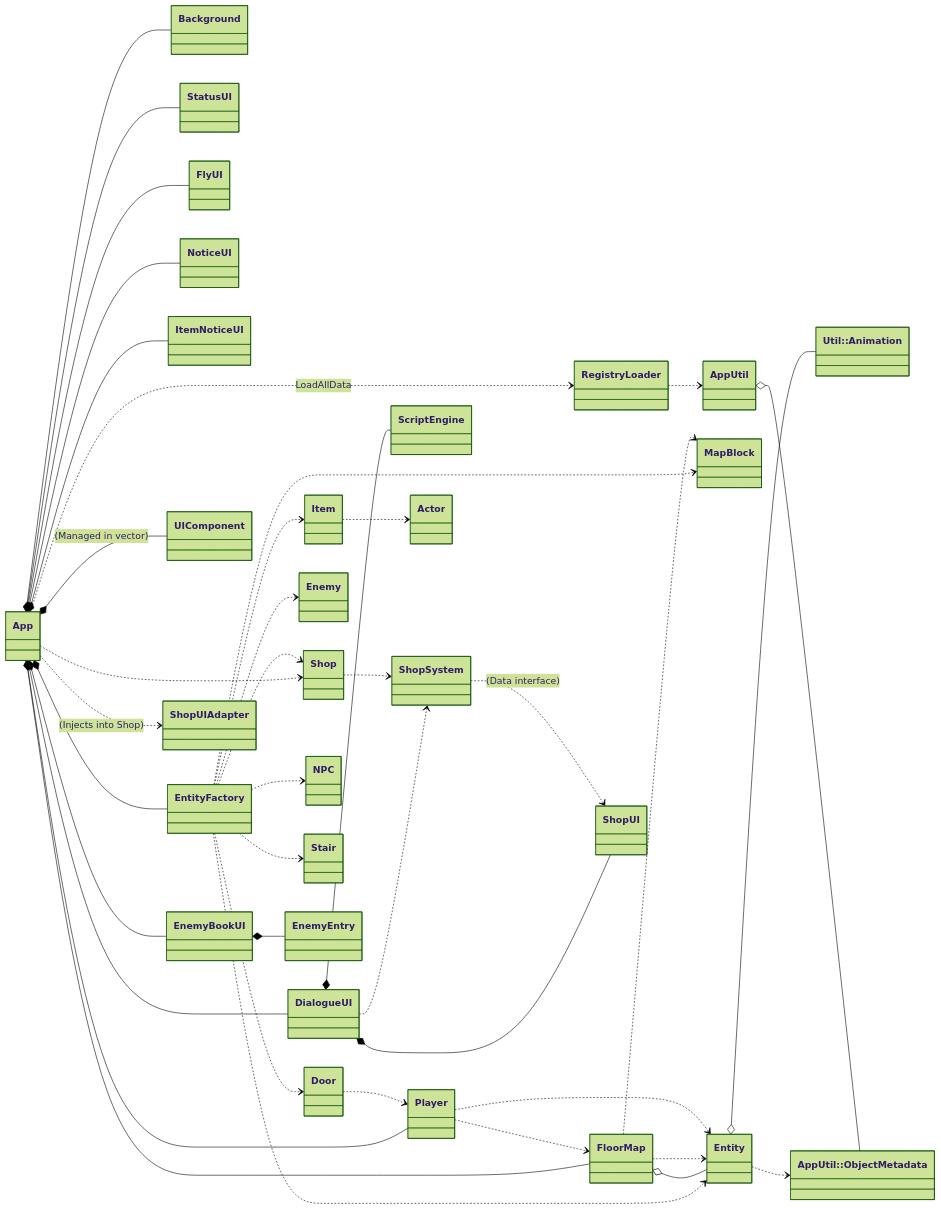
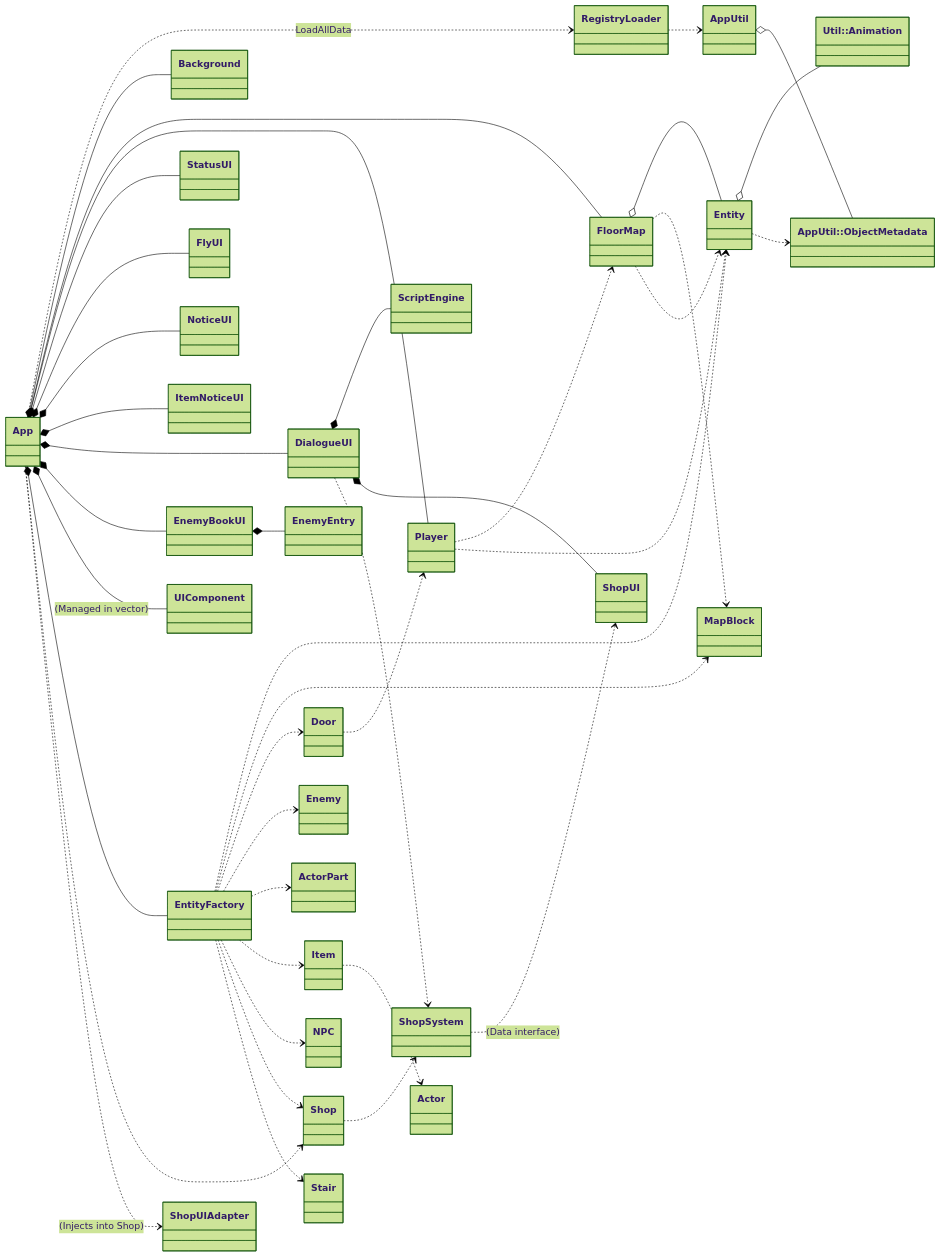
Before and after one commit to XWJWPIY/schoolwork_recreate_magic_tower: the fifth of 5 diagrams in Constructure.md, drawn with Mermaid (forest theme). The commit also changed other lines of this file and 6 other files, not shown here.

````diff
--- a/Constructure.md
+++ b/Constructure.md
@@ -553,52 +561,53 @@
 ```mermaid
 classDiagram
     direction LR
     class Animation["Util::Animation"]
     class ObjectMetadata["AppUtil::ObjectMetadata"]
 
     App ..> RegistryLoader : LoadAllData
     App *-- Background
     App *-- FloorMap
     App *-- Player
     App *-- StatusUI
     App *-- FlyUI
     App *-- NoticeUI
     App *-- ItemNoticeUI
     App *-- DialogueUI
     App *-- EnemyBookUI
     App *-- UIComponent : (Managed in vector)
     App *-- EntityFactory
     App ..> Shop
     DialogueUI *-- ScriptEngine
     DialogueUI *-- ShopUI
     DialogueUI ..> ShopSystem
     ShopSystem ..> ShopUI : (Data interface)
     Shop ..> ShopSystem
 
     EntityFactory ..> Entity
     EntityFactory ..> MapBlock
     EntityFactory ..> Door
     EntityFactory ..> Enemy
+    EntityFactory ..> ActorPart
     EntityFactory ..> Item
     EntityFactory ..> NPC
     EntityFactory ..> Shop
     EntityFactory ..> Stair
 
     FloorMap o-- Entity
     FloorMap ..> MapBlock
     FloorMap ..> Entity
 
     Entity o-- Animation
     Entity ..> ObjectMetadata
 
     Player ..> FloorMap
     Player ..> Entity
     Door ..> Player
     Item ..> Actor
     App ..> ShopUIAdapter : (Injects into Shop)
 
     EnemyBookUI *-- EnemyEntry
 
     RegistryLoader ..> AppUtil
     AppUtil o-- ObjectMetadata
 ```
````
